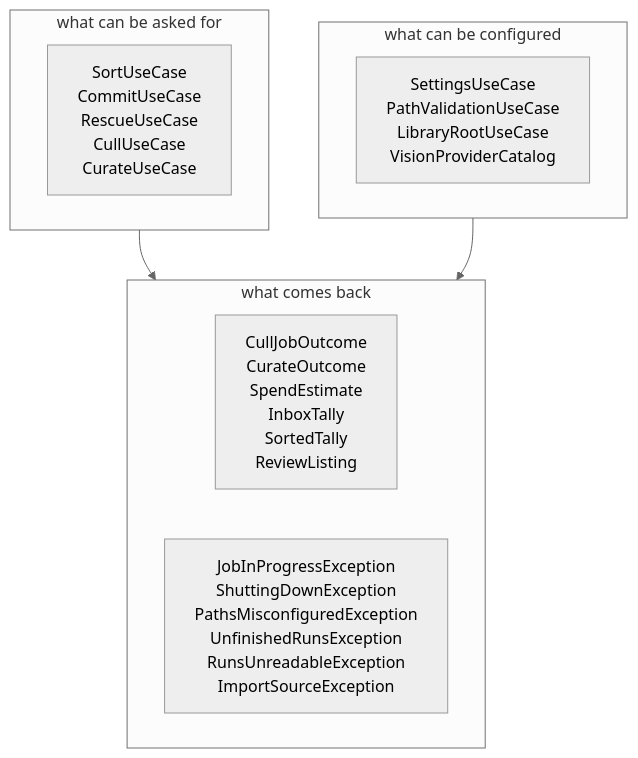
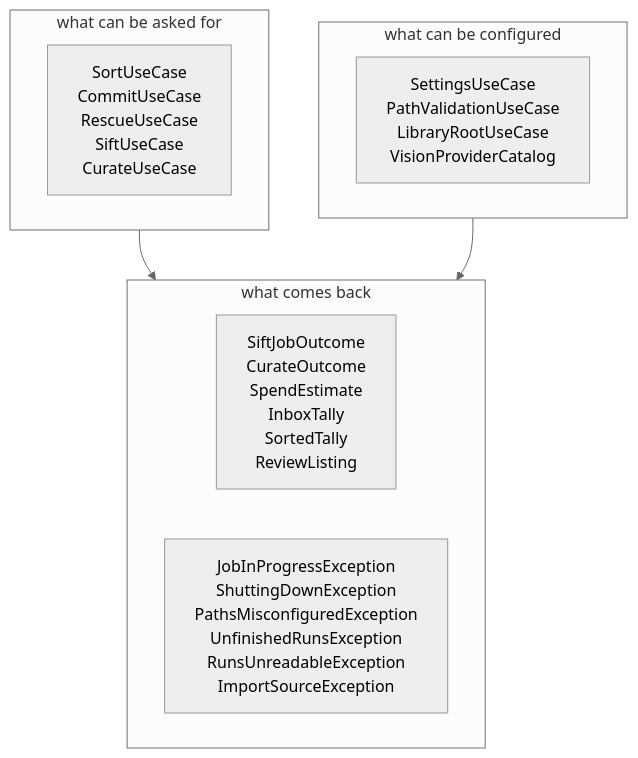
The third of 14 diagrams in app/docs/design/architecture.md (AdrianNachev91/sluice), drawn with Mermaid (neutral theme) before and after one commit. The commit also changed other lines of this file and 379 other files, not shown here.

First line of the commit message:
refactor(sift): cull becomes sift, and the vision port becomes a sieve

````diff
--- a/app/docs/design/architecture.md
+++ b/app/docs/design/architecture.md
@@ -114,18 +114,18 @@
 ```mermaid
 flowchart TB
     subgraph verbs[" what can be asked for "]
-        V["SortUseCase<br/>CommitUseCase<br/>RescueUseCase<br/>CullUseCase<br/>CurateUseCase"]
+        V["SortUseCase<br/>CommitUseCase<br/>RescueUseCase<br/>SiftUseCase<br/>CurateUseCase"]
     end
 
     subgraph conf[" what can be configured "]
         C["SettingsUseCase<br/>PathValidationUseCase<br/>LibraryRootUseCase<br/>VisionProviderCatalog"]
     end
 
     subgraph back[" what comes back "]
-        OUTCOMES["CullJobOutcome<br/>CurateOutcome<br/>SpendEstimate<br/>InboxTally<br/>SortedTally<br/>ReviewListing"]
+        OUTCOMES["SiftJobOutcome<br/>CurateOutcome<br/>SpendEstimate<br/>InboxTally<br/>SortedTally<br/>ReviewListing"]
         REFUSALS["JobInProgressException<br/>ShuttingDownException<br/>PathsMisconfiguredException<br/>UnfinishedRunsException<br/>RunsUnreadableException<br/>ImportSourceException"]
     end
 
     verbs --> back
     conf --> back
 ```
````
